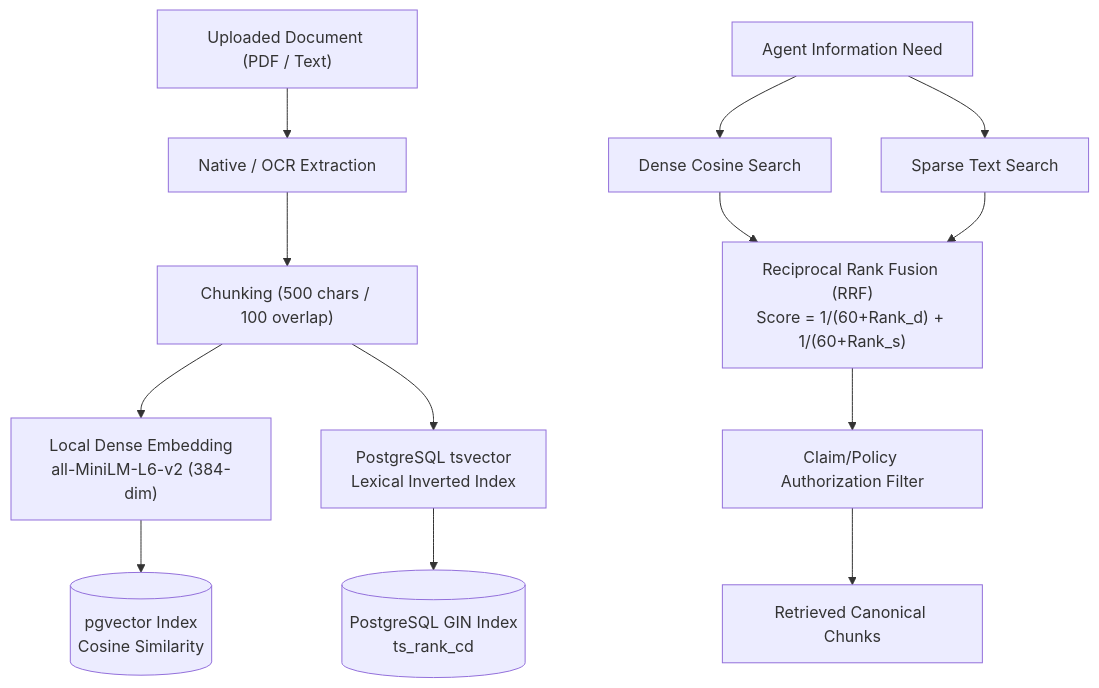
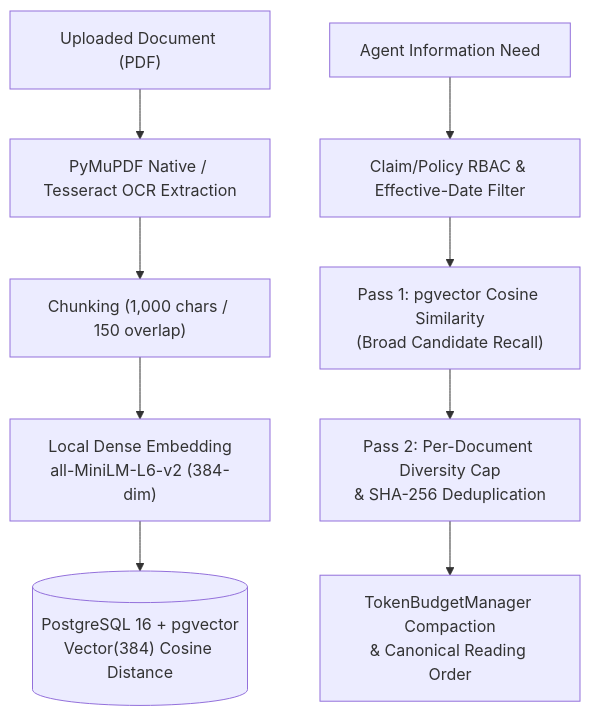
Before and after one commit to Sumeet2005/ClaimSage-v2: the third of 3 diagrams in docs/PROJECT_REPORT.md, drawn with Mermaid. The commit also changed other lines of this file and 47 other files, not shown here.

````diff
--- a/docs/PROJECT_REPORT.md
+++ b/docs/PROJECT_REPORT.md
@@ -156,16 +156,12 @@
 ```mermaid
 flowchart TD
-    Doc["Uploaded Document (PDF / Text)"] --> Extract["Native / OCR Extraction"]
-    Extract --> Chunk["Chunking (500 chars / 100 overlap)"]
+    Doc["Uploaded Document (PDF)"] --> Extract["PyMuPDF Native / Tesseract OCR Extraction"]
+    Extract --> Chunk["Chunking (1,000 chars / 150 overlap)"]
     Chunk --> Embed["Local Dense Embedding\nall-MiniLM-L6-v2 (384-dim)"]
-    Chunk --> FTS["PostgreSQL tsvector\nLexical Inverted Index"]
-    Embed --> VDB[("pgvector Index\nCosine Similarity")]
-    FTS --> GIN[("PostgreSQL GIN Index\nts_rank_cd")]
+    Embed --> VDB[("PostgreSQL 16 + pgvector\nVector(384) Cosine Distance")]
     
-    Query["Agent Information Need"] --> DenseSearch["Dense Cosine Search"]
-    Query --> LexSearch["Sparse Text Search"]
-    DenseSearch --> RRF["Reciprocal Rank Fusion (RRF)\nScore = 1/(60+Rank_d) + 1/(60+Rank_s)"]
-    LexSearch --> RRF
-    RRF --> Filter["Claim/Policy Authorization Filter"]
-    Filter --> Context["Retrieved Canonical Chunks"]
+    Query["Agent Information Need"] --> Filter["Claim/Policy RBAC & Effective-Date Filter"]
+    Filter --> Pass1["Pass 1: pgvector Cosine Similarity\n(Broad Candidate Recall)"]
+    Pass1 --> Pass2["Pass 2: Per-Document Diversity Cap\n& SHA-256 Deduplication"]
+    Pass2 --> Context["TokenBudgetManager Compaction\n& Canonical Reading Order"]
 ```
````
